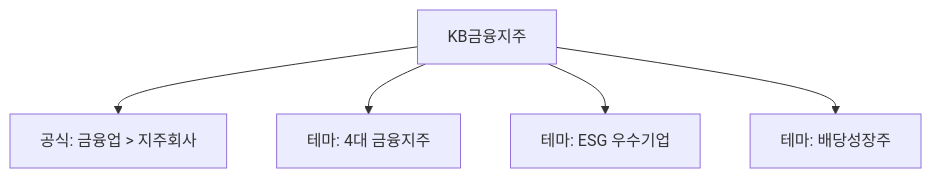
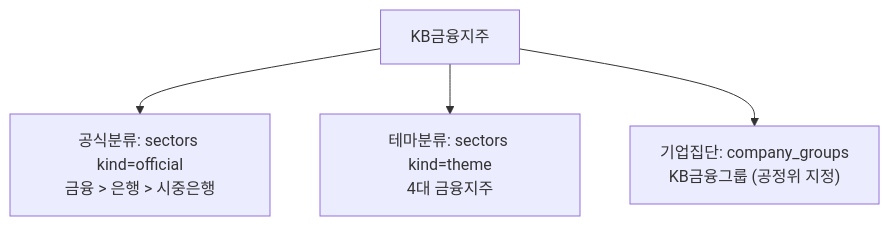
Before and after one commit to fntimes/docs: the second of 6 diagrams in compass/database-design.md, drawn with Mermaid. The commit also changed other lines of this file and 1 other file, not shown here.

````diff
--- a/compass/database-design.md
+++ b/compass/database-design.md
@@ -66,8 +128,7 @@
 ```mermaid
 graph TD
     C[KB금융지주]
-    C --> O["공식: 금융업 > 지주회사"]
-    C --> T1["테마: 4대 금융지주"]
-    C --> T2["테마: ESG 우수기업"]
-    C --> T3["테마: 배당성장주"]
+    C --> O["공식분류: sectors kind=official<br/>금융 > 은행 > 시중은행"]
+    C --> T["테마분류: sectors kind=theme<br/>4대 금융지주"]
+    C --> G["기업집단: company_groups<br/>KB금융그룹 (공정위 지정)"]
 ```
````
